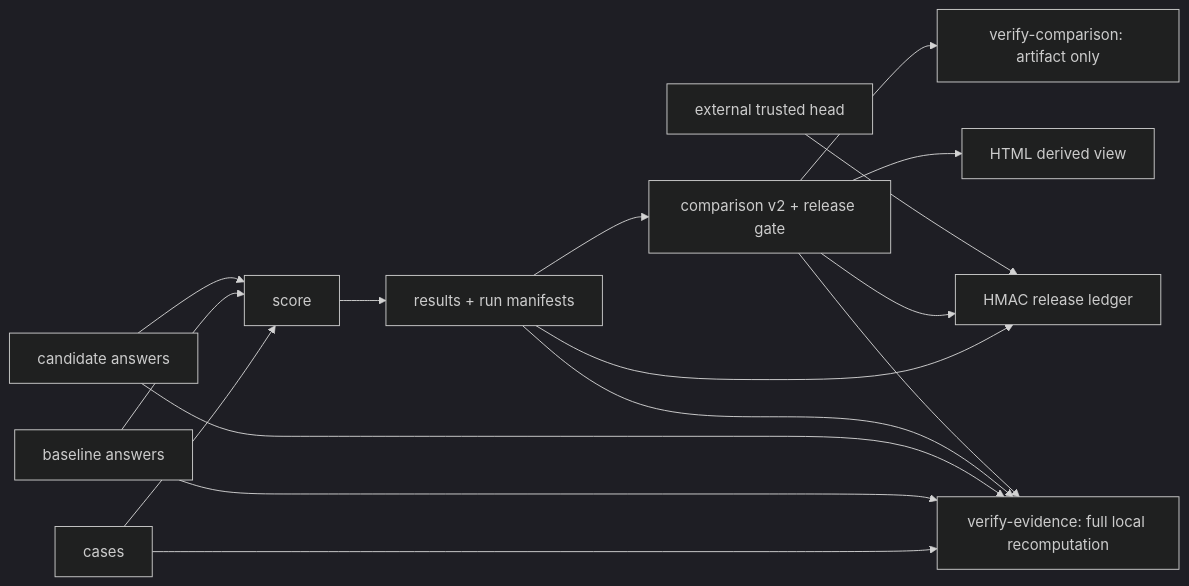
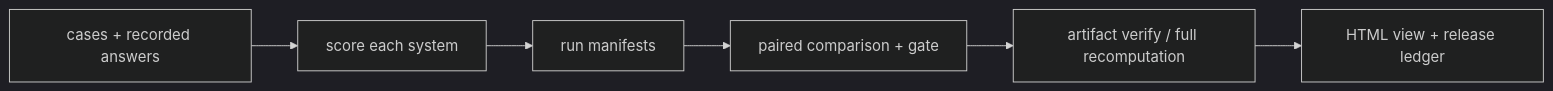
Before and after one commit to NightLemon/about-llm: the diagram in docs/practice/projects/evaluation-gate.md, drawn with Mermaid (dark theme). The commit also changed other lines of this file and 9 other files, not shown here.

````diff
--- a/docs/practice/projects/evaluation-gate.md
+++ b/docs/practice/projects/evaluation-gate.md
@@ -10,18 +12,8 @@
 ```mermaid
 flowchart LR
-    C["cases"] --> S["score"]
-    A1["baseline answers"] --> S
-    A2["candidate answers"] --> S
-    S --> R["results + run manifests"]
-    R --> G["comparison v2 + release gate"]
-    G --> V1["verify-comparison: artifact only"]
-    C --> V2["verify-evidence: full local recomputation"]
-    A1 --> V2
-    A2 --> V2
-    R --> V2
-    G --> V2
-    G --> H["HTML derived view"]
-    R --> L["HMAC release ledger"]
-    G --> L
-    E["external trusted head"] --> L
+  C["cases + recorded answers"] --> S["score each system"]
+  S --> M["run manifests"]
+  M --> G["paired comparison + gate"]
+  G --> V["artifact verify / full recomputation"]
+  V --> R["HTML view + release ledger"]
 ```
````
